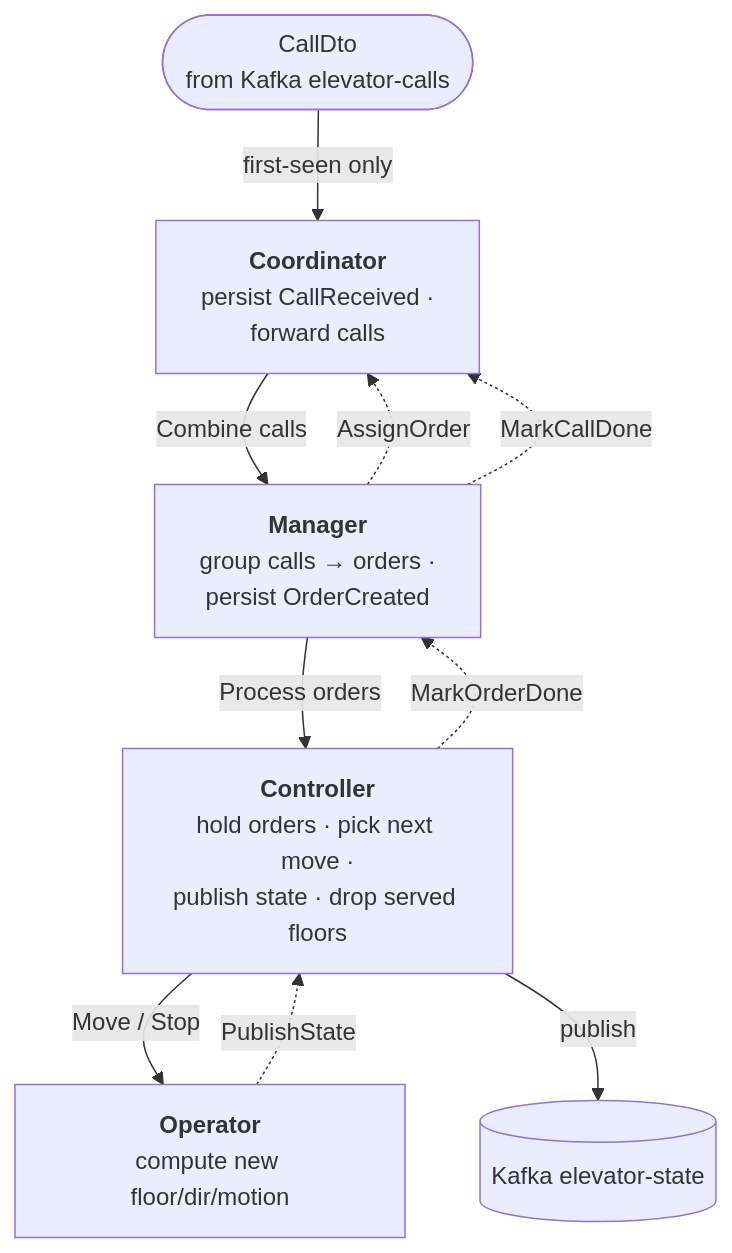
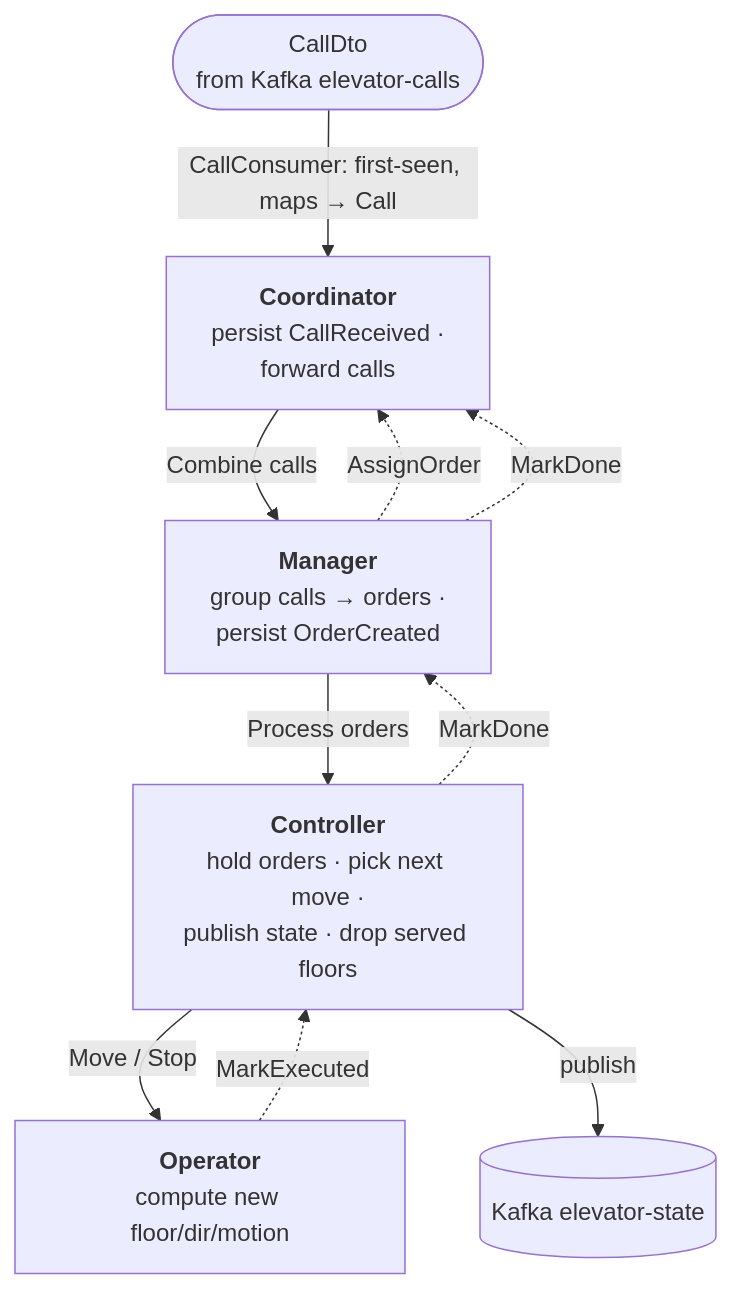
Before and after one commit to TwistedLady/elevator-system: the diagram in docs/actors.md, drawn with Mermaid. The commit also changed 4 other files, not shown here.

````diff
--- a/docs/actors.md
+++ b/docs/actors.md
@@ -17,20 +17,20 @@
 ```mermaid
 flowchart TD
-  call(["CallDto<br/>from Kafka elevator-calls"]) -->|first-seen only| coord
+  call(["CallDto<br/>from Kafka elevator-calls"]) -->|CallConsumer: first-seen, maps → Call| coord
 
   coord["<b>Coordinator</b><br/>persist CallReceived ·<br/>forward calls"]
   coord -->|Combine calls| mgr
 
   mgr["<b>Manager</b><br/>group calls → orders ·<br/>persist OrderCreated"]
   mgr -.->|AssignOrder| coord
   mgr -->|Process orders| ctrl
 
   ctrl["<b>Controller</b><br/>hold orders · pick next move ·<br/>publish state · drop served floors"]
   ctrl -->|Move / Stop| op
   ctrl -->|publish| out[("Kafka elevator-state")]
-  ctrl -.->|MarkOrderDone| mgr
-  mgr -.->|MarkCallDone| coord
+  ctrl -.->|MarkDone| mgr
+  mgr -.->|MarkDone| coord
 
   op["<b>Operator</b><br/>compute new floor/dir/motion"]
-  op -.->|PublishState| ctrl
+  op -.->|MarkExecuted| ctrl
 ```
````
